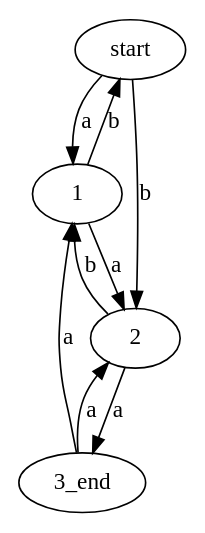
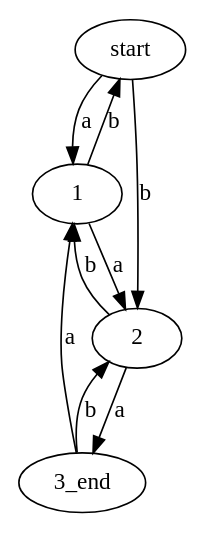
One commit to Katchau/COMP-AutoAnalyze.Dot changed the diagram in teste2.dot. Above: the diagram before and after it, drawn with Graphviz. The commit also changed 4 other files, not shown here.

```diff
--- a/teste2.dot
+++ b/teste2.dot
@@ -1,10 +1,10 @@
 digraph graphname { 
                 start -> "1" [label="a"];
                 start -> "2" [label="b"];
 				"1" -> "2" [label="a"];
 				"1" -> start [label="b"];
                 "2" -> "3_end" [label="a"];
                 "2" -> "1" [label="b"];
 				"3_end" -> "1" [label="a"];
-				"3_end" -> "2" [label="a"];
+				"3_end" -> "2" [label="b"];
 }
```
